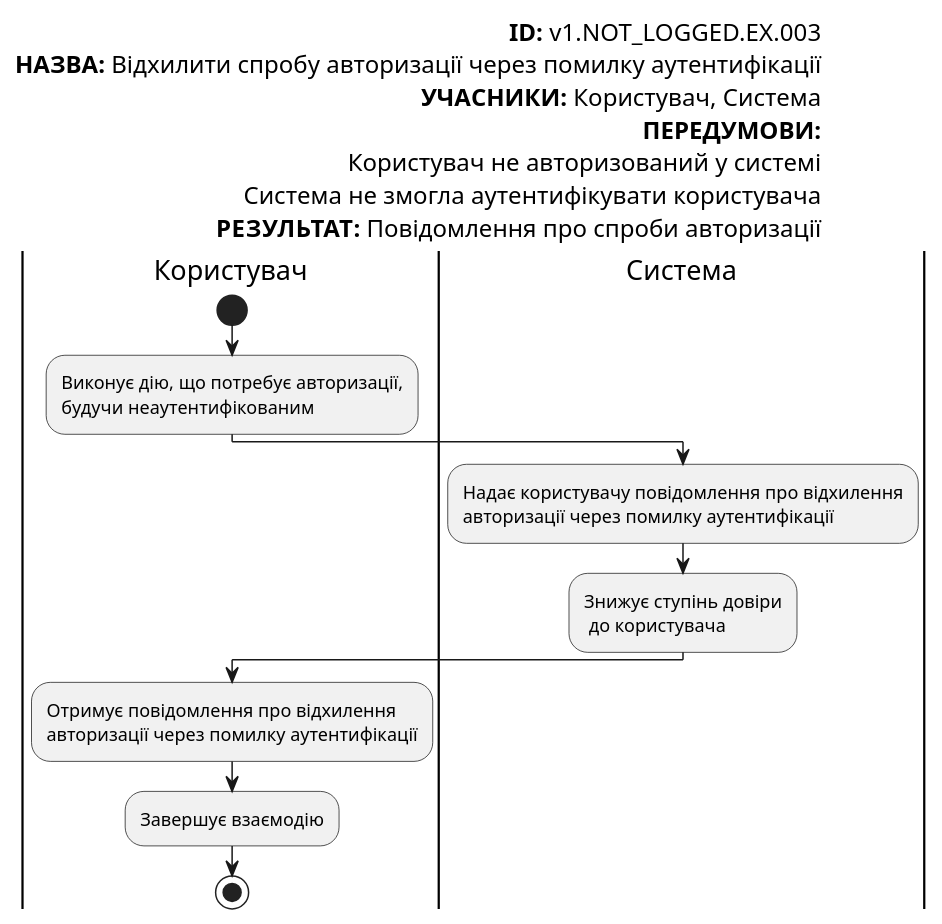
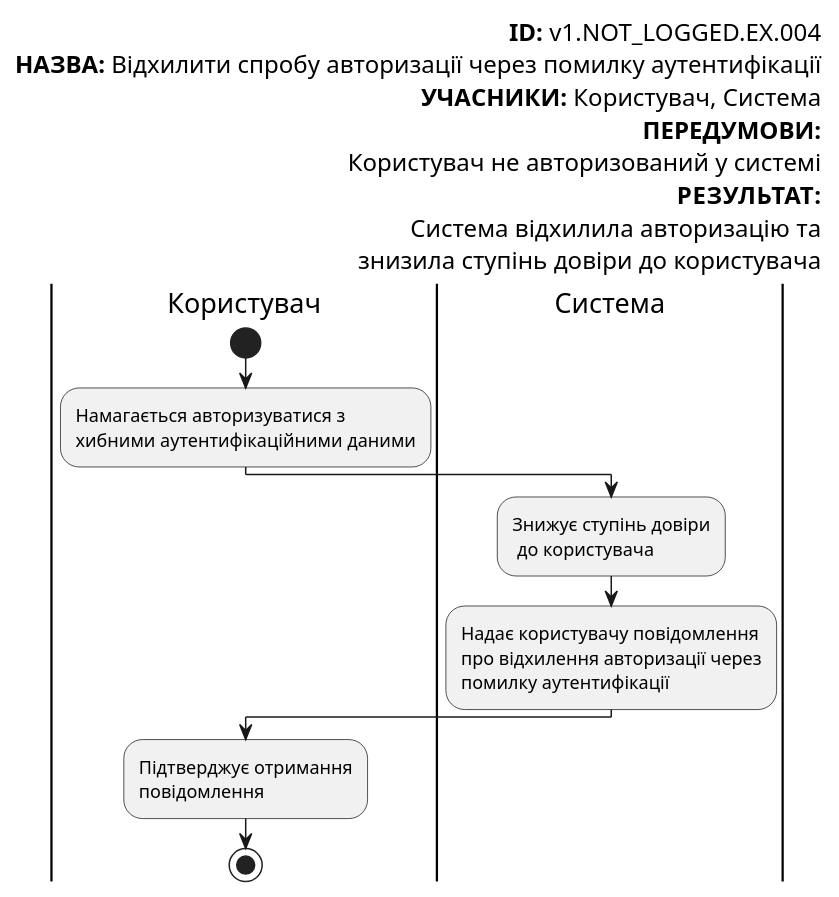
Diagram 22 of 23 in docs/use-cases/README.md (gurug-prog/survey-expert), drawn with PlantUML before and after one commit. The commit also changed other lines of this file, not shown here.

```diff
--- a/docs/use-cases/README.md
+++ b/docs/use-cases/README.md
@@ -1064,32 +1118,33 @@
 @startuml
 
     left header
-         <font color=000 size=16><b>ID:</b> v1.NOT_LOGGED.EX.003
+         <font color=000 size=16><b>ID:</b> v1.NOT_LOGGED.EX.004
          <font color=000 size=16><b>НАЗВА:</b> Відхилити спробу авторизації через помилку аутентифікації
          <font color=000 size=16><b>УЧАСНИКИ:</b> Користувач, Система
          <font color=000 size=16><b>ПЕРЕДУМОВИ:</b>
          <font color=000 size=16>Користувач не авторизований у системі
-         <font color=000 size=16>Система не змогла аутентифікувати користувача
-         <font color=000 size=16><b>РЕЗУЛЬТАТ:</b> Повідомлення про спроби авторизації
+         <font color=000 size=16><b>РЕЗУЛЬТАТ:</b>
+         <font color=000 size=16>Система відхилила авторизацію та
+         <font color=000 size=16>знизила ступінь довіри до користувача
      end header
              
      |Користувач|
          start
-         :Виконує дію, що потребує авторизації,
-         будучи неаутентифікованим;
+         :Намагається авторизуватися з
+         хибними аутентифікаційними даними;
 
      |Система|
-         :Надає користувачу повідомлення про відхилення
-         авторизації через помилку аутентифікації;
-  
          :Знижує ступінь довіри
           до користувача;
 
+         :Надає користувачу повідомлення
+         про відхилення авторизації через
+         помилку аутентифікації;
+
      |Користувач|
-         :Отримує повідомлення про відхилення
-         авторизації через помилку аутентифікації;
+         :Підтверджує отримання
+         повідомлення;
 
-         :Завершує взаємодію;
          stop;
 
 @enduml
```
